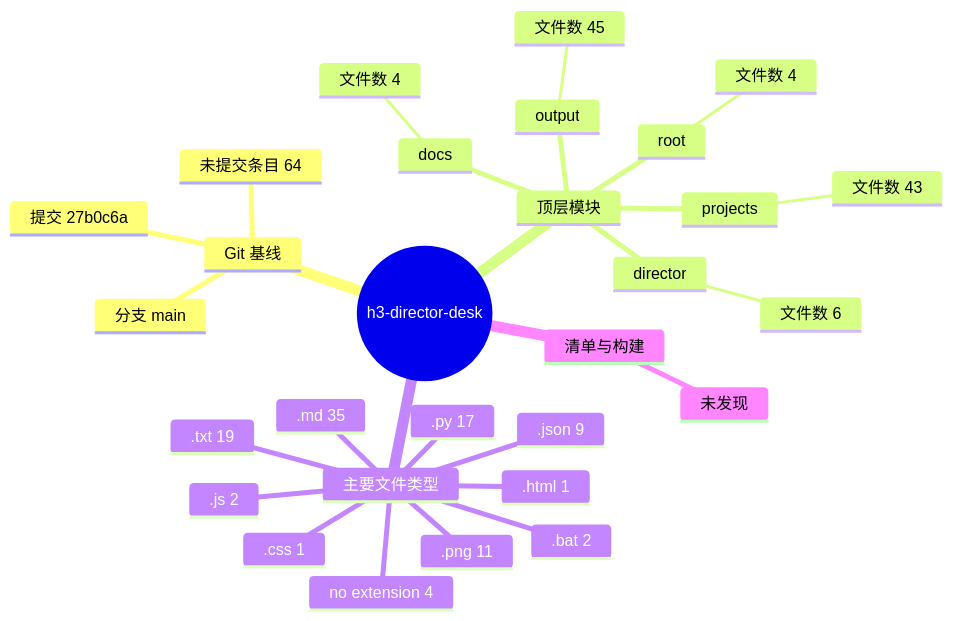
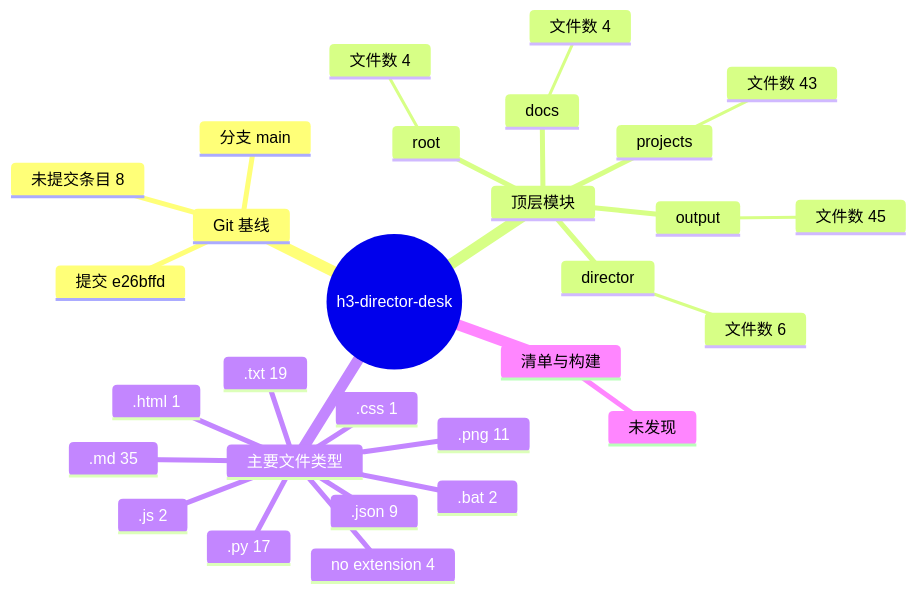
One commit to Exalex/h3-director-desk changed the diagram in docs/project-evolution/mindmaps/repository-structure.md. Above: the diagram before and after it, drawn with Mermaid. The commit also changed 7 other files, not shown here.

````diff
--- a/docs/project-evolution/mindmaps/repository-structure.md
+++ b/docs/project-evolution/mindmaps/repository-structure.md
@@ -5,32 +5,32 @@
 ```mermaid
 mindmap
   root((h3-director-desk))
     Git 基线
       分支 main
-      提交 27b0c6a
-      未提交条目 64
+      提交 e26bffd
+      未提交条目 8
     顶层模块
       output
         文件数 45
       projects
         文件数 43
       director
         文件数 6
       root
         文件数 4
       docs
         文件数 4
     主要文件类型
       .md 35
       .txt 19
       .py 17
       .png 11
       .json 9
       no extension 4
       .bat 2
       .js 2
       .html 1
       .css 1
     清单与构建
       未发现
 ```
````
